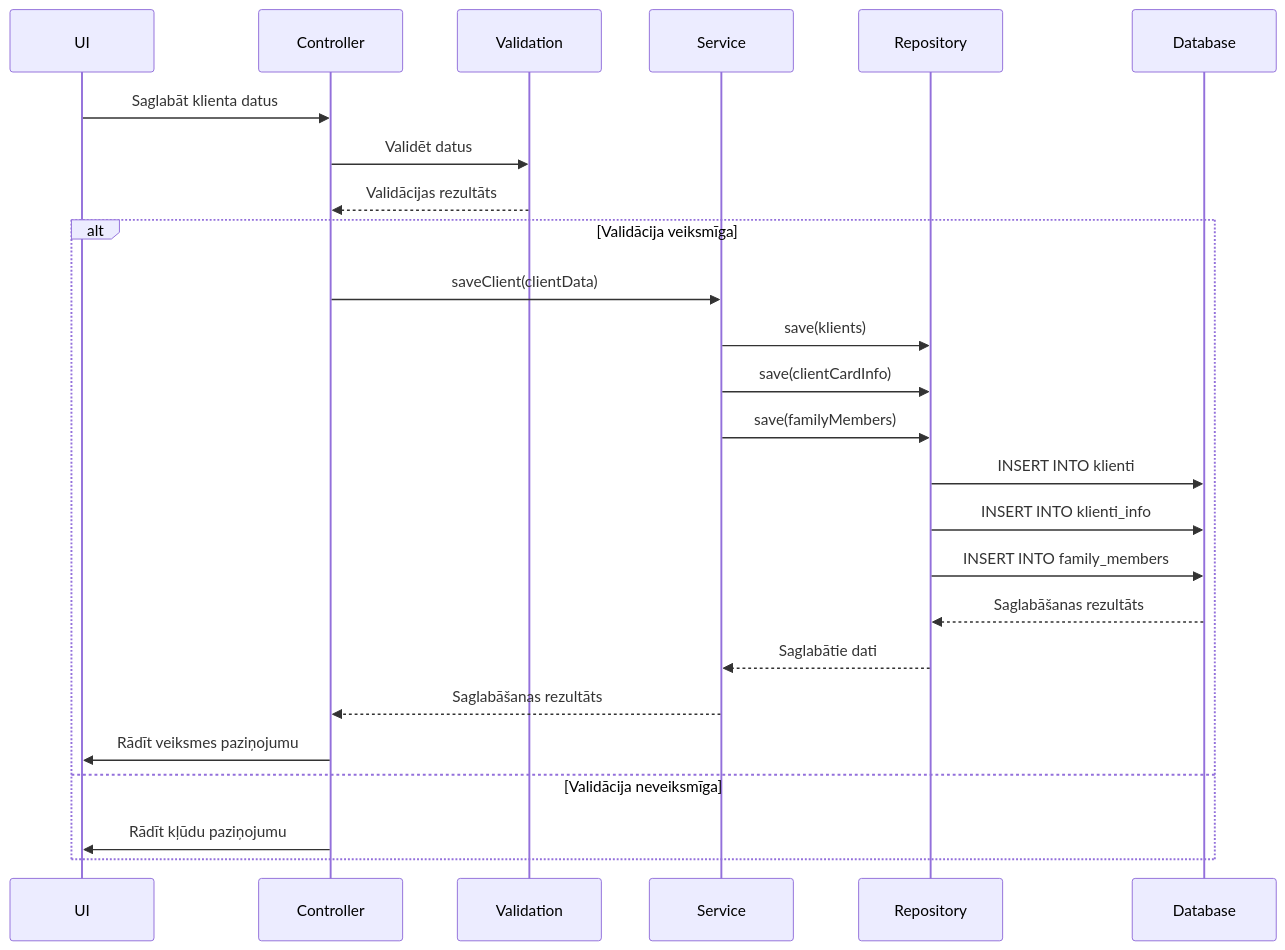
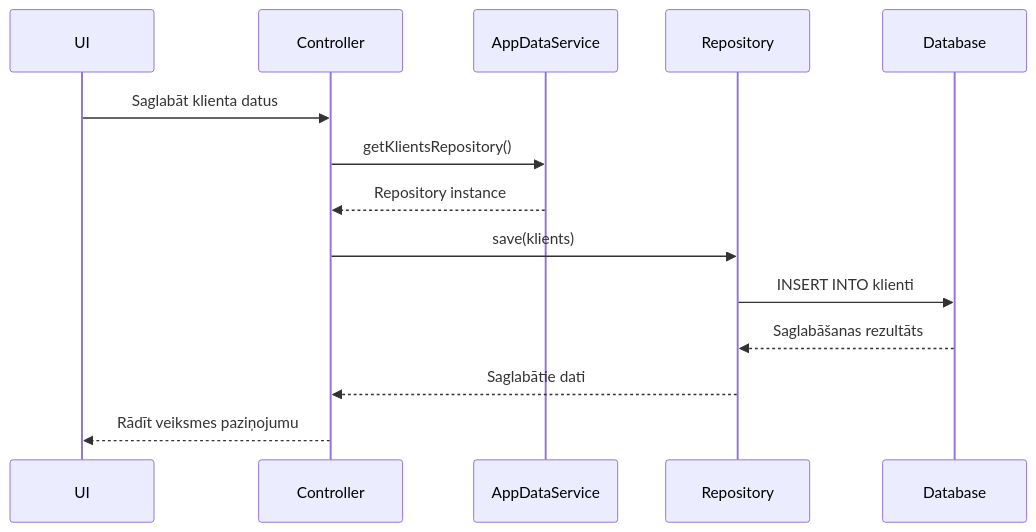
The second of 3 diagrams in ARHITEKTURA.md (dawis86/SAPS), drawn with Mermaid before and after one commit. The commit also changed other lines of this file and 11 other files, not shown here.

````diff
--- a/ARHITEKTURA.md
+++ b/ARHITEKTURA.md
@@ -422,29 +474,17 @@
 ```mermaid
 sequenceDiagram
     participant UI as UI
     participant Controller as Controller
-    participant Validation as Validation
-    participant Service as Service
+    participant AppData as AppDataService
     participant Repository as Repository
     participant DB as Database
     
     UI->>Controller: Saglabāt klienta datus
-    Controller->>Validation: Validēt datus
-    Validation-->>Controller: Validācijas rezultāts
-    
-    alt Validācija veiksmīga
-        Controller->>Service: saveClient(clientData)
-        Service->>Repository: save(klients)
-        Service->>Repository: save(clientCardInfo)
-        Service->>Repository: save(familyMembers)
-        Repository->>DB: INSERT INTO klienti
-        Repository->>DB: INSERT INTO klienti_info
-        Repository->>DB: INSERT INTO family_members
-        DB-->>Repository: Saglabāšanas rezultāts
-        Repository-->>Service: Saglabātie dati
-        Service-->>Controller: Saglabāšanas rezultāts
-        Controller->>UI: Rādīt veiksmes paziņojumu
-    else Validācija neveiksmīga
-        Controller->>UI: Rādīt kļūdu paziņojumu
-    end
+    Controller->>AppData: getKlientsRepository()
+    AppData-->>Controller: Repository instance
+    Controller->>Repository: save(klients)
+    Repository->>DB: INSERT INTO klienti
+    DB-->>Repository: Saglabāšanas rezultāts
+    Repository-->>Controller: Saglabātie dati
+    Controller-->>UI: Rādīt veiksmes paziņojumu
 ```
````
